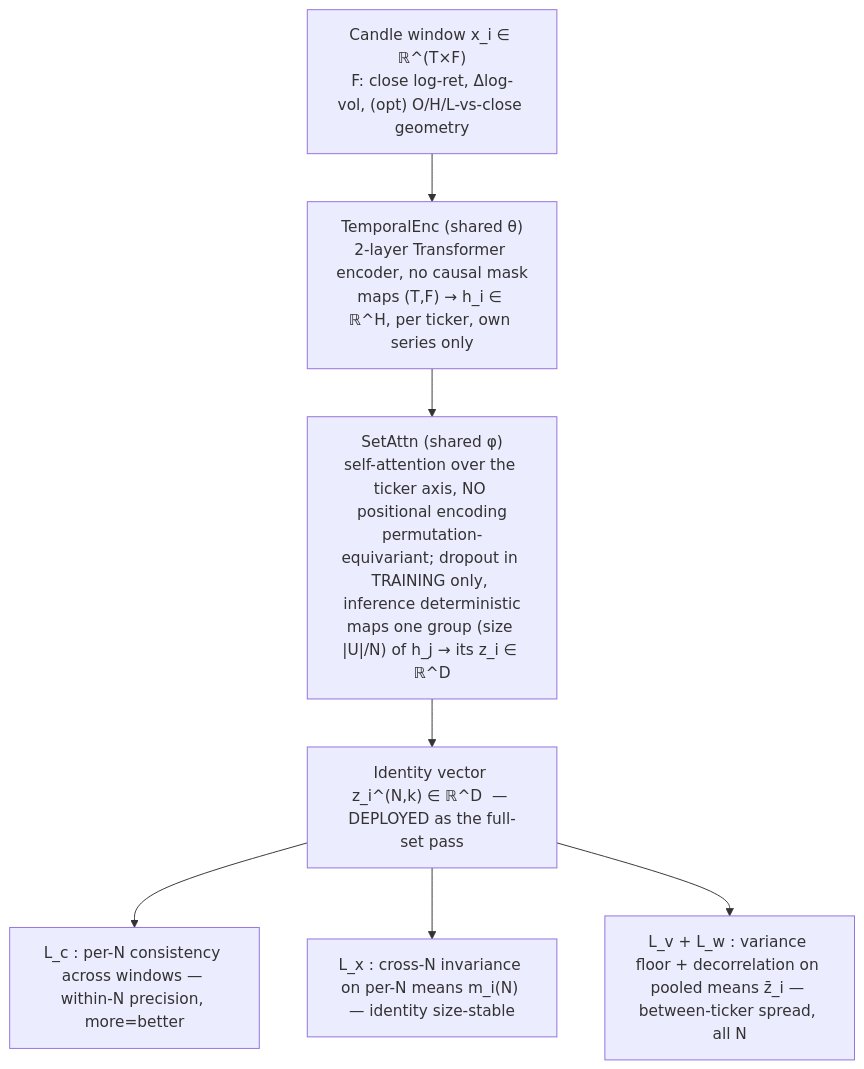
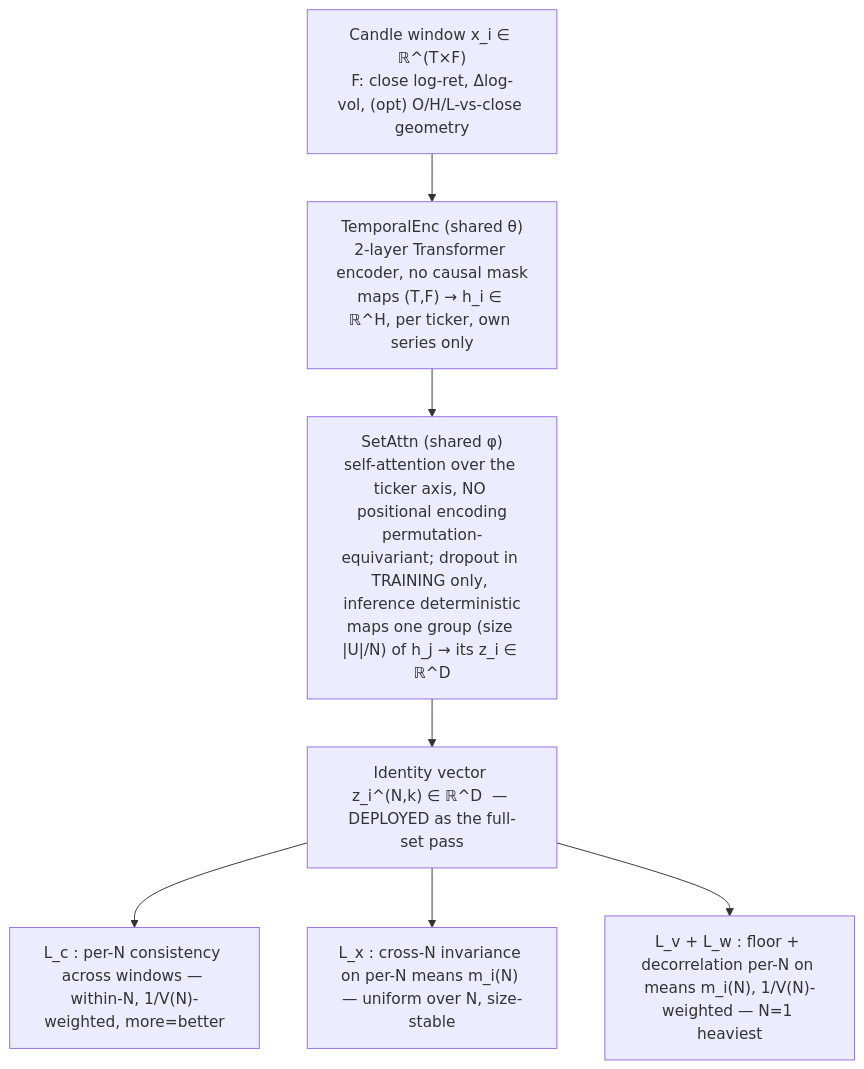
One commit to hpnyaggerman/stonks changed the first of 2 diagrams in stock_identity.md. Above: the diagram before and after it, drawn with Mermaid. The commit also changed other lines of this file, not shown here.

Commit message:
Update stock identity doc

````diff
--- a/stock_identity.md
+++ b/stock_identity.md
@@ -67,14 +68,14 @@
 ```mermaid
 flowchart TD
   X["Candle window x_i ∈ ℝ^(T×F)<br/>F: close log-ret, Δlog-vol, (opt) O/H/L-vs-close geometry"]
   TE["TemporalEnc (shared θ)<br/>2-layer Transformer encoder, no causal mask<br/>maps (T,F) → h_i ∈ ℝ^H, per ticker, own series only"]
   SA["SetAttn (shared φ)<br/>self-attention over the ticker axis, NO positional encoding<br/>permutation-equivariant; dropout in TRAINING only, inference deterministic<br/>maps one group (size |U|/N) of h_j → its z_i ∈ ℝ^D"]
   Z["Identity vector z_i^(N,k) ∈ ℝ^D  — DEPLOYED as the full-set pass"]
-  LC["L_c : per-N consistency across windows — within-N precision, more=better"]
-  LX["L_x : cross-N invariance on per-N means m_i(N) — identity size-stable"]
-  LV["L_v + L_w : variance floor + decorrelation on pooled means z̄_i — between-ticker spread, all N"]
+  LC["L_c : per-N consistency across windows — within-N, 1/V(N)-weighted, more=better"]
+  LX["L_x : cross-N invariance on per-N means m_i(N) — uniform over N, size-stable"]
+  LV["L_v + L_w : floor + decorrelation per-N on means m_i(N), 1/V(N)-weighted — N=1 heaviest"]
   X --> TE --> SA --> Z
   Z --> LC
   Z --> LX
   Z --> LV
 ```
````
